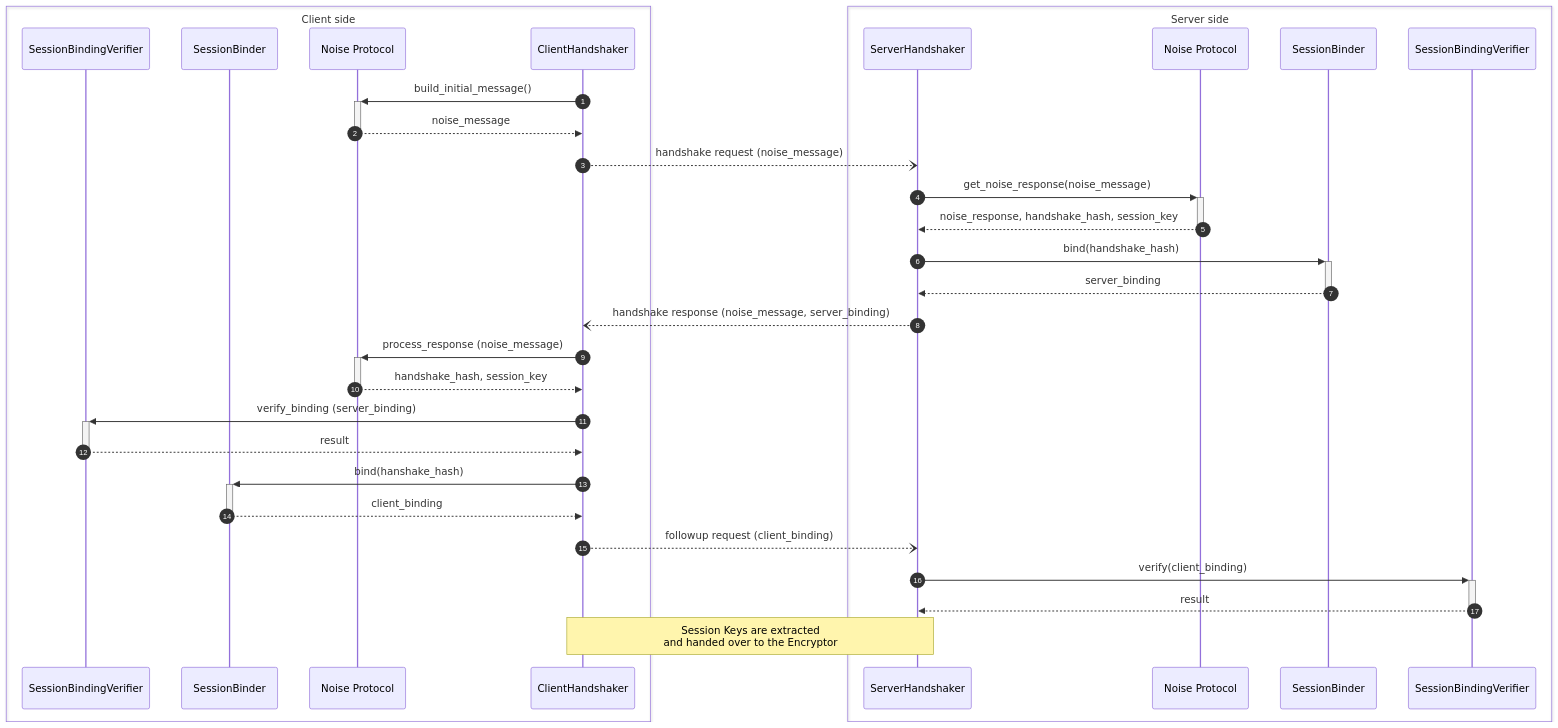
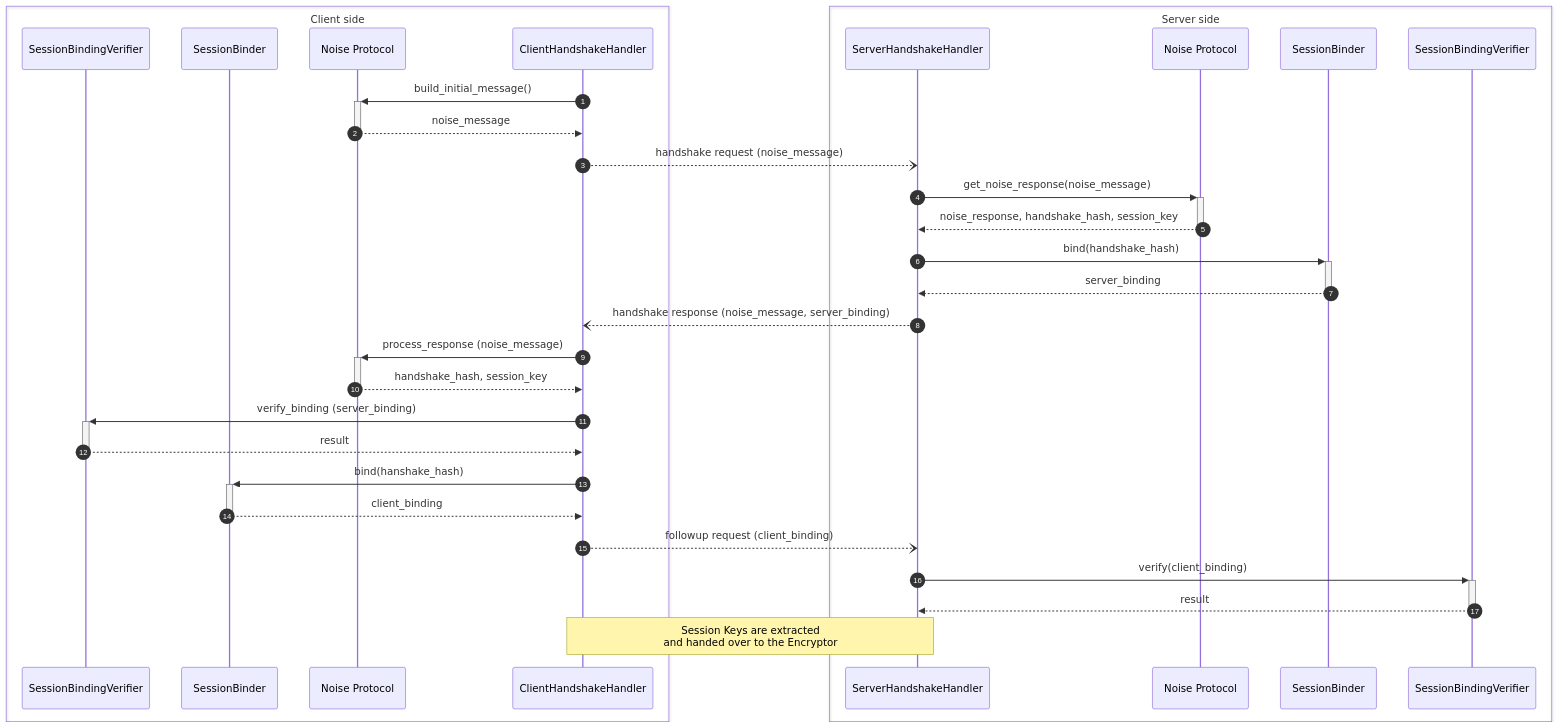
The fifth of 5 diagrams in oak_session/README.md (project-oak/oak), drawn with Mermaid before and after one commit. The commit also changed other lines of this file and 5 other files, not shown here.

Commit message:
Rename `Handshaker` to `HandshakeHandler` to be consistent with the AttestationHandler naming pattern.

````diff
--- a/oak_session/README.md
+++ b/oak_session/README.md
@@ -334,42 +334,42 @@
 ```mermaid
 sequenceDiagram
     autonumber
 
     box Client side
         participant CSV as SessionBindingVerifier
         participant CSB as SessionBinder
         participant CN as Noise Protocol
-        participant CH as ClientHandshaker
+        participant CH as ClientHandshakeHandler
     end
     box Server side
-        participant SH as ServerHandshaker
+        participant SH as ServerHandshakeHandler
         participant SN as Noise Protocol
         participant SSB as SessionBinder
         participant SSV as SessionBindingVerifier
     end
 
     CH->>+CN: build_initial_message()
     CN-->>-CH: noise_message
 
     CH--)SH: handshake request (noise_message)
     SH->>+SN: get_noise_response(noise_message)
     SN-->>-SH: noise_response, handshake_hash, session_key
 
     SH->>+SSB: bind(handshake_hash)
     SSB-->>-SH: server_binding
     SH--)CH: handshake response (noise_message, server_binding)
 
     CH->>+CN: process_response (noise_message)
     CN-->>-CH: handshake_hash, session_key
     CH->>+CSV: verify_binding (server_binding)
     CSV-->>-CH: result
 
     CH->>+CSB: bind(hanshake_hash)
     CSB-->>-CH: client_binding
     CH--)SH: followup request (client_binding)
 
     SH->>+SSV: verify(client_binding)
     SSV-->>-SH: result
 
     Note over CH,SH: Session Keys are extracted<br/>and handed over to the Encryptor
 ```
````
